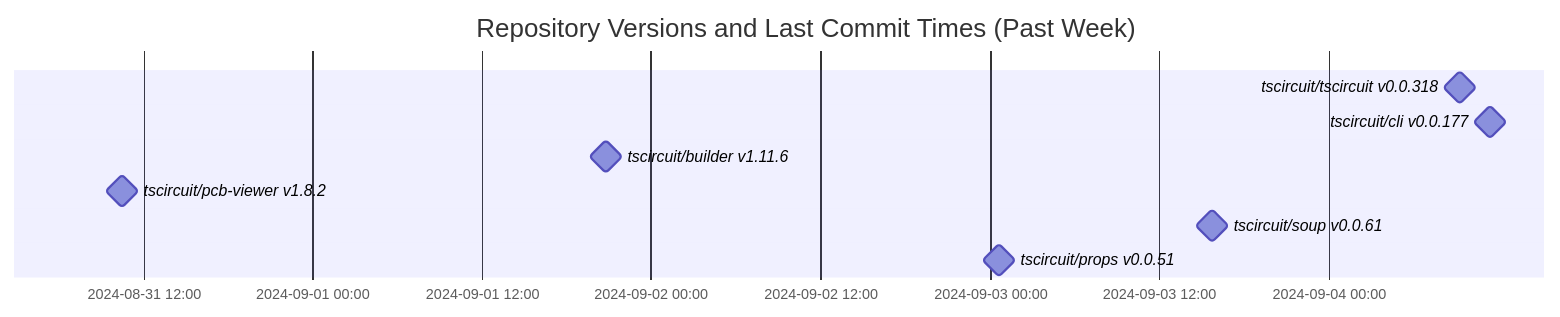
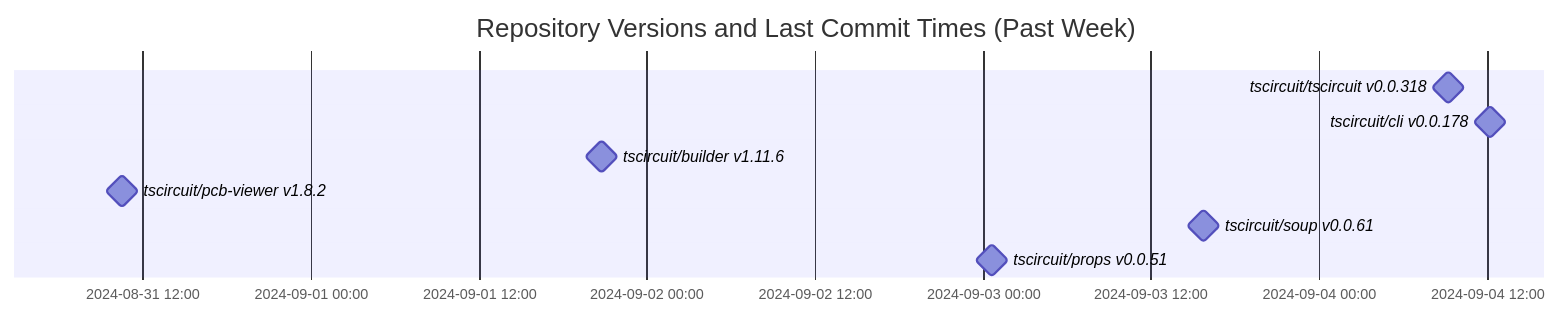
One commit to tscircuit/version-tracker changed the diagram in README.md. Above: the diagram before and after it, drawn with Mermaid.

Commit message:
Update chart

````diff
--- a/README.md
+++ b/README.md
@@ -1,13 +1,13 @@
 ```mermaid
 gantt
   dateFormat  YYYY-MM-DD HH:mm:ss
   title Repository Versions and Last Commit Times (Past Week)
   axisFormat %Y-%m-%d %H:%M
 
   tscircuit/tscircuit v0.0.318 : milestone, 2024-09-04 09:16:13, 1s
-  tscircuit/cli v0.0.177 : milestone, 2024-09-04 11:27:29, 1s
+  tscircuit/cli v0.0.178 : milestone, 2024-09-04 12:14:12, 1s
   tscircuit/builder v1.11.6 : milestone, 2024-09-01 20:47:46, 1s
   tscircuit/pcb-viewer v1.8.2 : milestone, 2024-08-31 10:30:56, 1s
   tscircuit/soup v0.0.61 : milestone, 2024-09-03 15:44:43, 1s
   tscircuit/props v0.0.51 : milestone, 2024-09-03 00:38:45, 1s
 ```
````
